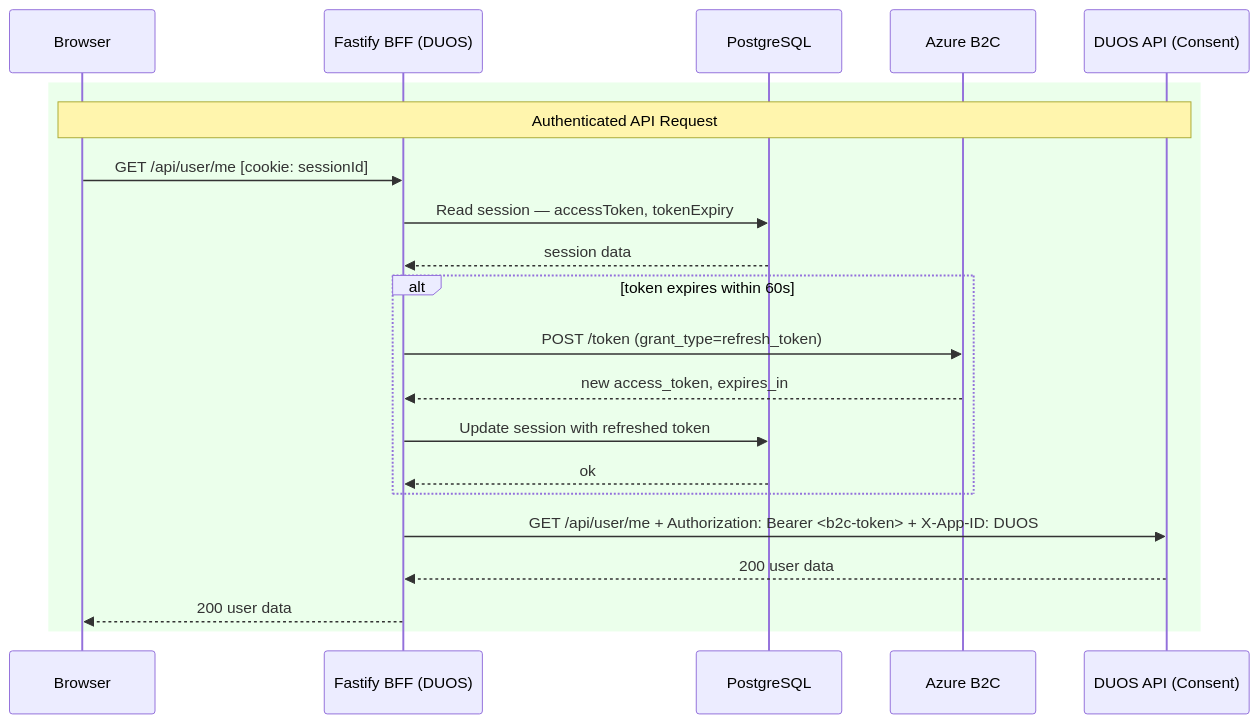
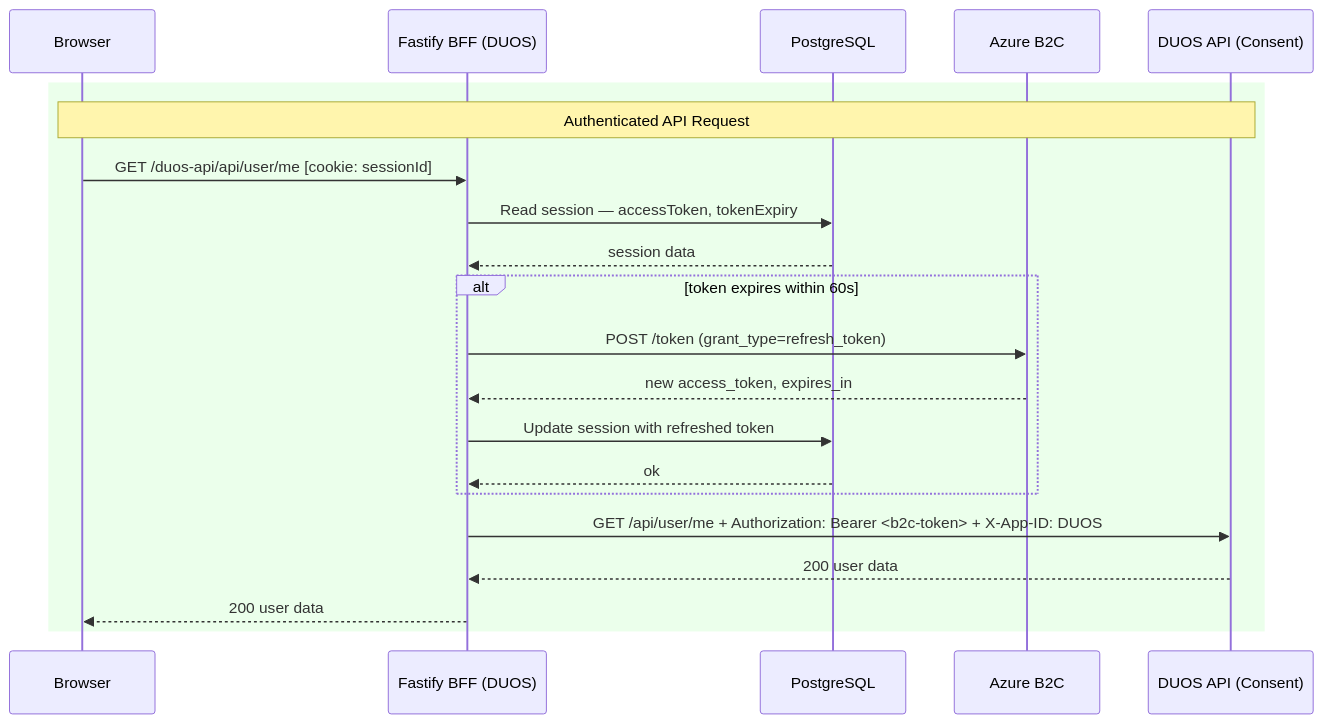
Before and after one commit to DataBiosphere/duos-ui: the second of 3 diagrams in docs/plans/BFF_Overview.md, drawn with Mermaid. The commit also changed other lines of this file and 1 other file, not shown here.

Commit message:
doc: peer feedback

````diff
--- a/docs/plans/BFF_Overview.md
+++ b/docs/plans/BFF_Overview.md
@@ -171,27 +171,27 @@
 ```mermaid
 sequenceDiagram
     participant B   as Browser
     participant BFF as Fastify BFF (DUOS)
     participant PG  as PostgreSQL
     participant B2C as Azure B2C
     participant API as DUOS API (Consent)
 
     rect rgb(235, 255, 235)
         Note over B,API: Authenticated API Request
 
-        B->>BFF: GET /api/user/me [cookie: sessionId]
+        B->>BFF: GET /duos-api/api/user/me [cookie: sessionId]
         BFF->>PG: Read session — accessToken, tokenExpiry
         PG-->>BFF: session data
 
         alt token expires within 60s
             BFF->>B2C: POST /token (grant_type=refresh_token)
             B2C-->>BFF: new access_token, expires_in
             BFF->>PG: Update session with refreshed token
             PG-->>BFF: ok
         end
 
         BFF->>API: GET /api/user/me + Authorization: Bearer <b2c-token> + X-App-ID: DUOS
         API-->>BFF: 200 user data
         BFF-->>B: 200 user data
     end
 ```
````
